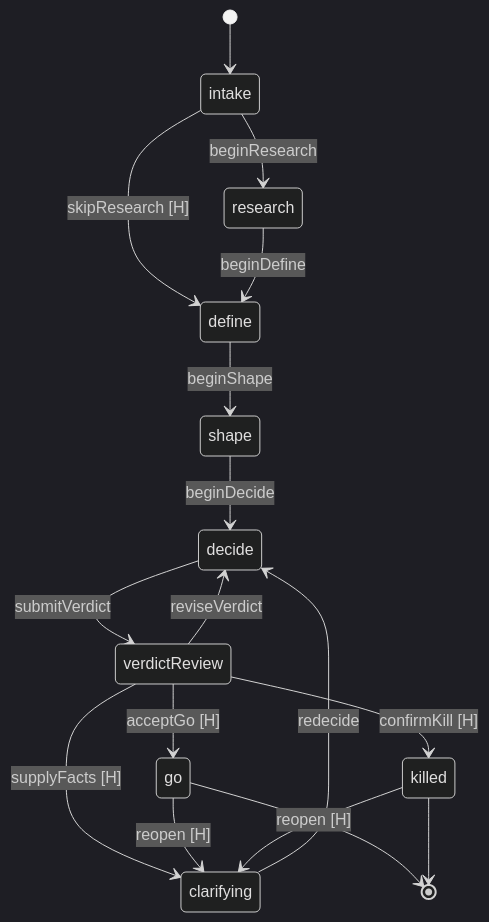
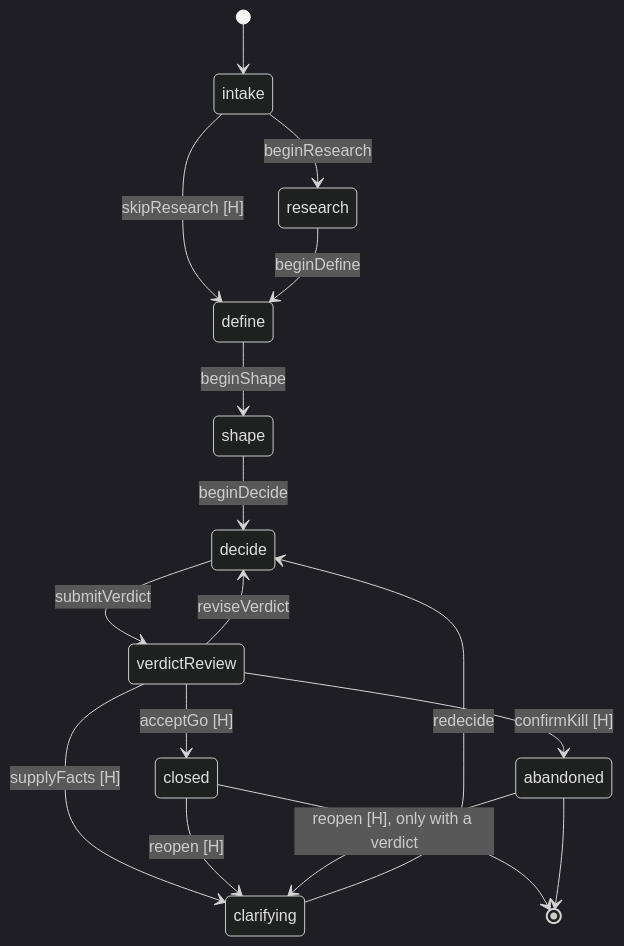
Before and after one commit to dsschneidermann-org/pasta-dev: the first of 4 diagrams in docs/speckit-workflows.md, drawn with Mermaid (dark theme). The commit also changed other lines of this file, not shown here.

First line of the commit message:
Fold converged into shipped, add a pull request field, end ideas in closed or abandoned

````diff
--- a/docs/speckit-workflows.md
+++ b/docs/speckit-workflows.md
@@ -629,19 +631,19 @@
 ```mermaid
 stateDiagram-v2
   [*] --> intake
   intake --> research: beginResearch
   intake --> define: skipResearch [H]
   research --> define: beginDefine
   define --> shape: beginShape
   shape --> decide: beginDecide
   decide --> verdictReview: submitVerdict
-  verdictReview --> go: acceptGo [H]
-  verdictReview --> killed: confirmKill [H]
+  verdictReview --> closed: acceptGo [H]
+  verdictReview --> abandoned: confirmKill [H]
   verdictReview --> clarifying: supplyFacts [H]
   verdictReview --> decide: reviseVerdict
   clarifying --> decide: redecide
-  go --> clarifying: reopen [H]
-  killed --> clarifying: reopen [H]
-  go --> [*]
-  killed --> [*]
+  closed --> clarifying: reopen [H]
+  abandoned --> clarifying: reopen [H], only with a verdict
+  closed --> [*]
+  abandoned --> [*]
 ```
````
